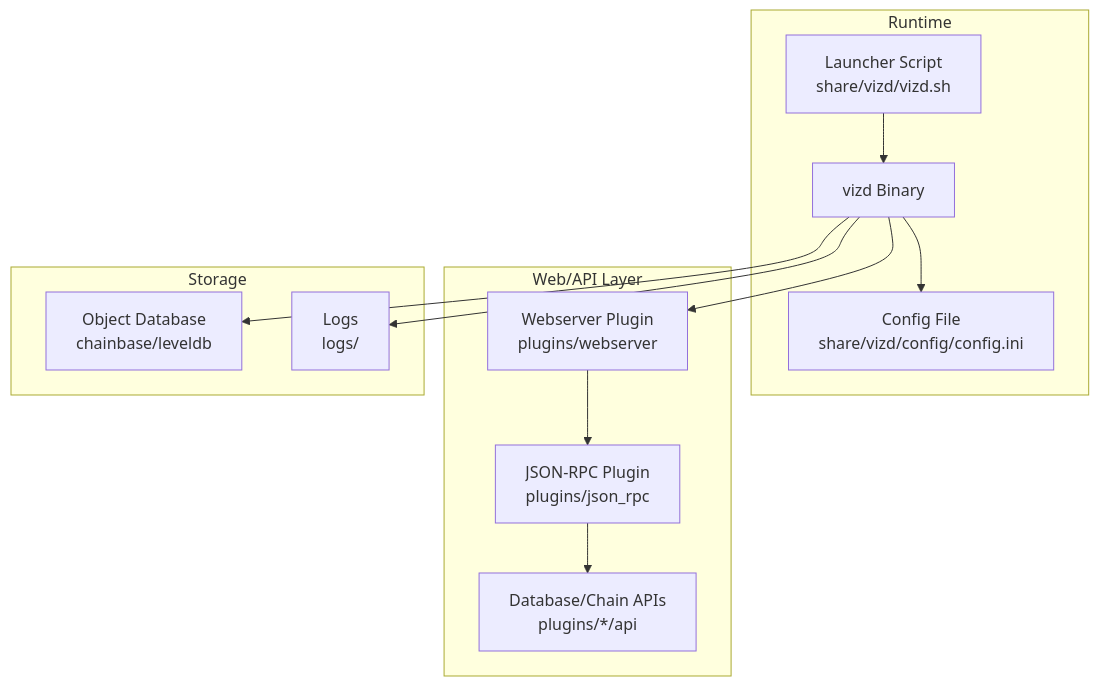
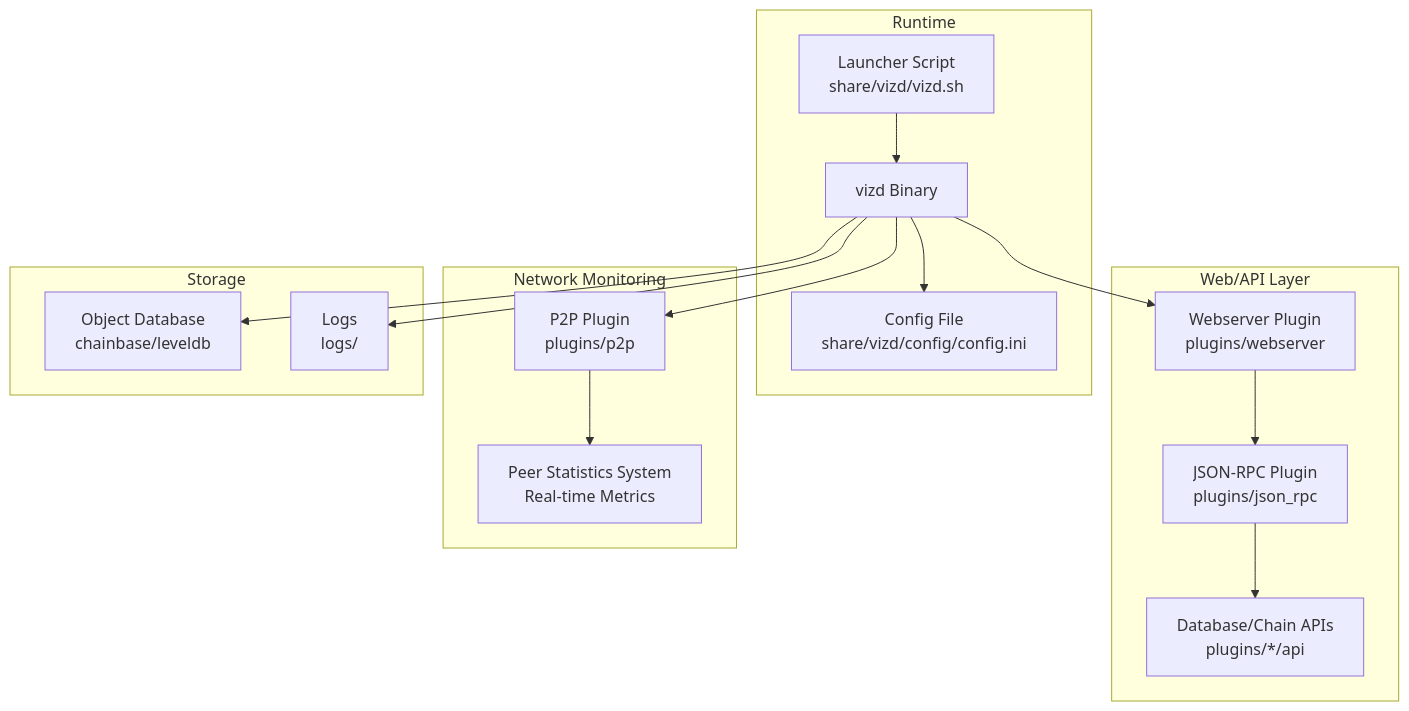
The first of 3 diagrams in .qoder/repowiki/en/content/Deployment and Operations/Monitoring and Maintenance.md (VIZ-Blockchain/viz-cpp-node), drawn with Mermaid before and after one commit. The commit also changed other lines of this file and 3 other files, not shown here.

First line of the commit message:
docs(network): add detailed peer statistics and metrics system documentation

````diff
--- a/.qoder/repowiki/en/content/Deployment and Operations/Monitoring and Maintenance.md
+++ b/.qoder/repowiki/en/content/Deployment and Operations/Monitoring and Maintenance.md
@@ -44,24 +57,30 @@
 ```mermaid
 graph TB
 subgraph "Runtime"
 CFG["Config File<br/>share/vizd/config/config.ini"]
 SH["Launcher Script<br/>share/vizd/vizd.sh"]
 BIN["vizd Binary"]
 end
 subgraph "Web/API Layer"
 WS["Webserver Plugin<br/>plugins/webserver"]
 JR["JSON-RPC Plugin<br/>plugins/json_rpc"]
 APIs["Database/Chain APIs<br/>plugins/*/api"]
 end
+subgraph "Network Monitoring"
+P2P["P2P Plugin<br/>plugins/p2p"]
+STATS["Peer Statistics System<br/>Real-time Metrics"]
+end
 subgraph "Storage"
 DB["Object Database<br/>chainbase/leveldb"]
 LOGS["Logs<br/>logs/"]
 end
 SH --> BIN
 BIN --> CFG
 BIN --> WS
 WS --> JR
 JR --> APIs
+BIN --> P2P
+P2P --> STATS
 BIN --> DB
 BIN --> LOGS
 ```
````
